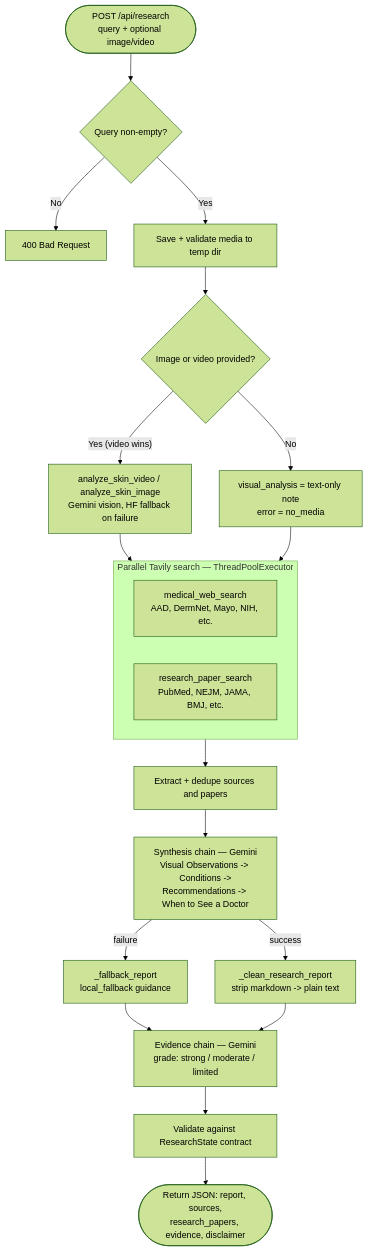
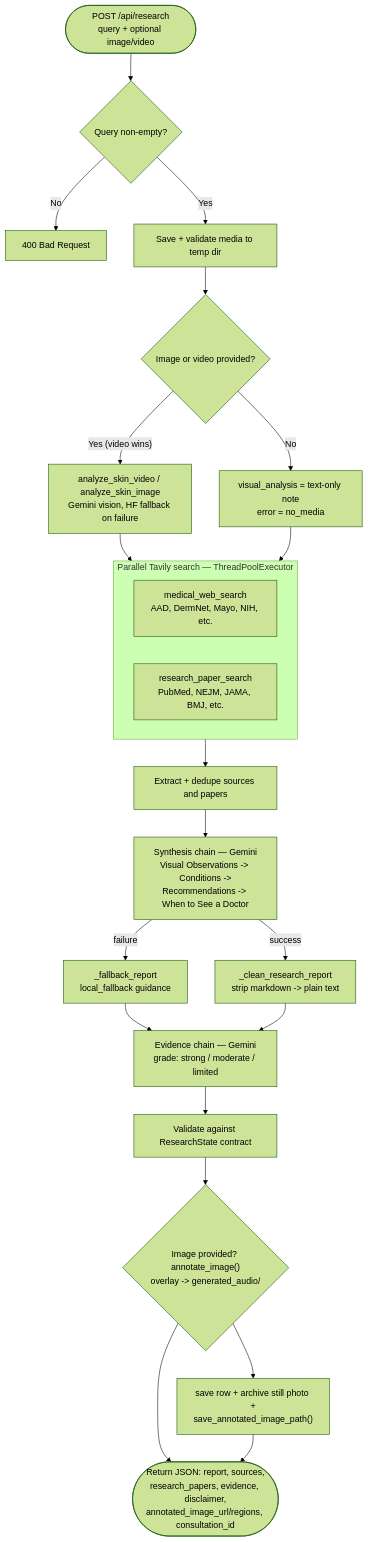
One commit to abdullahkamran426-lab/DermOmni changed the third of 5 diagrams in README.md. Above: the diagram before and after it, drawn with Mermaid (forest theme). The commit also changed other lines of this file and 12 other files, not shown here.

````diff
--- a/README.md
+++ b/README.md
@@ -310,27 +322,30 @@
 ```mermaid
 flowchart TD
     START(["POST /api/research<br/>query + optional image/video"]) --> VALID{"Query non-empty?"}
     VALID -->|No| E400["400 Bad Request"]
     VALID -->|Yes| SAVE["Save + validate media to temp dir"]
 
     SAVE --> VIS{"Image or video provided?"}
     VIS -->|"Yes (video wins)"| VISION["analyze_skin_video / analyze_skin_image<br/>Gemini vision, HF fallback on failure"]
     VIS -->|No| NOMEDIA["visual_analysis = text-only note<br/>error = no_media"]
 
     VISION --> SEARCH
     NOMEDIA --> SEARCH
 
     subgraph SEARCH["Parallel Tavily search — ThreadPoolExecutor"]
         WEB["medical_web_search<br/>AAD, DermNet, Mayo, NIH, etc."]
         PAPERS["research_paper_search<br/>PubMed, NEJM, JAMA, BMJ, etc."]
     end
 
     SEARCH --> SOURCES["Extract + dedupe sources and papers"]
     SOURCES --> SYNTH["Synthesis chain — Gemini<br/>Visual Observations -> Conditions -><br/>Recommendations -> When to See a Doctor"]
     SYNTH -->|failure| FALLBACK["_fallback_report<br/>local_fallback guidance"]
     SYNTH -->|success| CLEAN["_clean_research_report<br/>strip markdown -> plain text"]
     FALLBACK --> EVID
     CLEAN --> EVID["Evidence chain — Gemini<br/>grade: strong / moderate / limited"]
     EVID --> VALIDATE["Validate against ResearchState contract"]
-    VALIDATE --> RESP(["Return JSON: report, sources,<br/>research_papers, evidence, disclaimer"])
+    VALIDATE --> ANNO{"Image provided? annotate_image()<br/>overlay -> generated_audio/"}
+    ANNO --> RESP(["Return JSON: report, sources,<br/>research_papers, evidence, disclaimer,<br/>annotated_image_url/regions, consultation_id"])
+    ANNO --> PERSIST["save row + archive still photo +<br/>save_annotated_image_path()"]
+    PERSIST --> RESP
 ```
````
